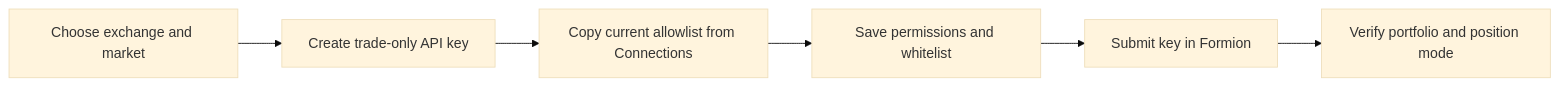
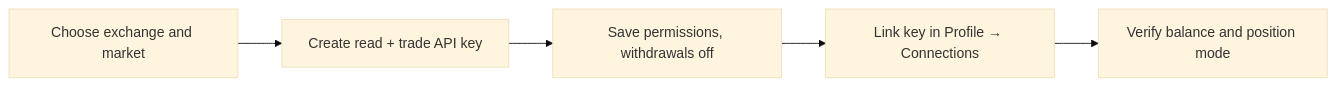
The diagram in how-to-start-api-connection.md (formionai/docs), drawn with Mermaid (base theme) before and after one commit. The commit also changed other lines of this file and 47 other files, not shown here.

````diff
--- a/how-to-start-api-connection.md
+++ b/how-to-start-api-connection.md
@@ -7,8 +7,7 @@
 ```mermaid
 flowchart LR
-  E[Choose exchange and market] --> K[Create trade-only API key]
-  K --> W[Copy current allowlist from Connections]
-  W --> P[Save permissions and whitelist]
-  P --> F[Submit key in Formion]
-  F --> B[Verify portfolio and position mode]
+  E[Choose exchange and market] --> K[Create read + trade API key]
+  K --> P[Save permissions, withdrawals off]
+  P --> F[Link key in Profile → Connections]
+  F --> B[Verify balance and position mode]
 ```
````
